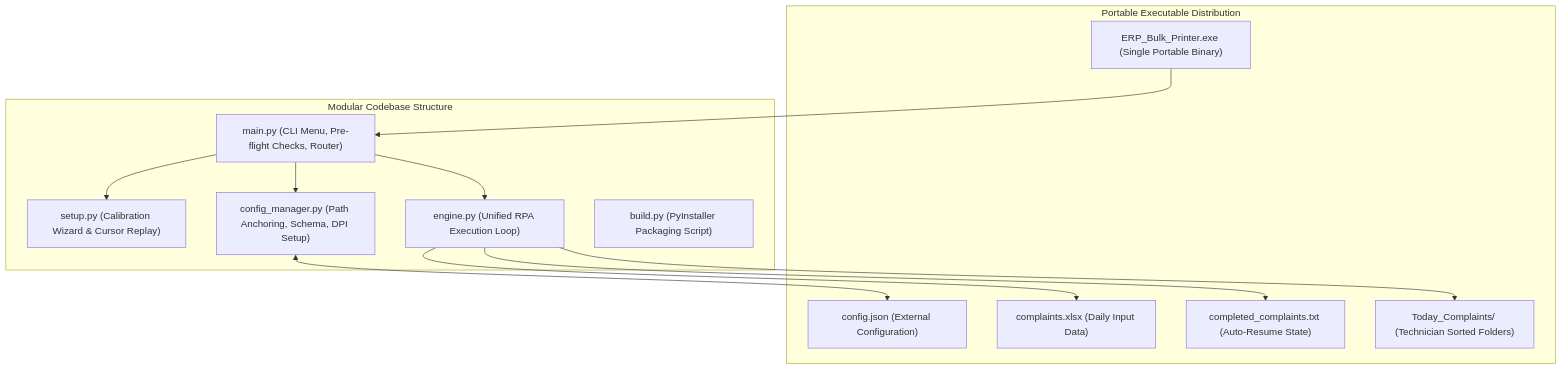
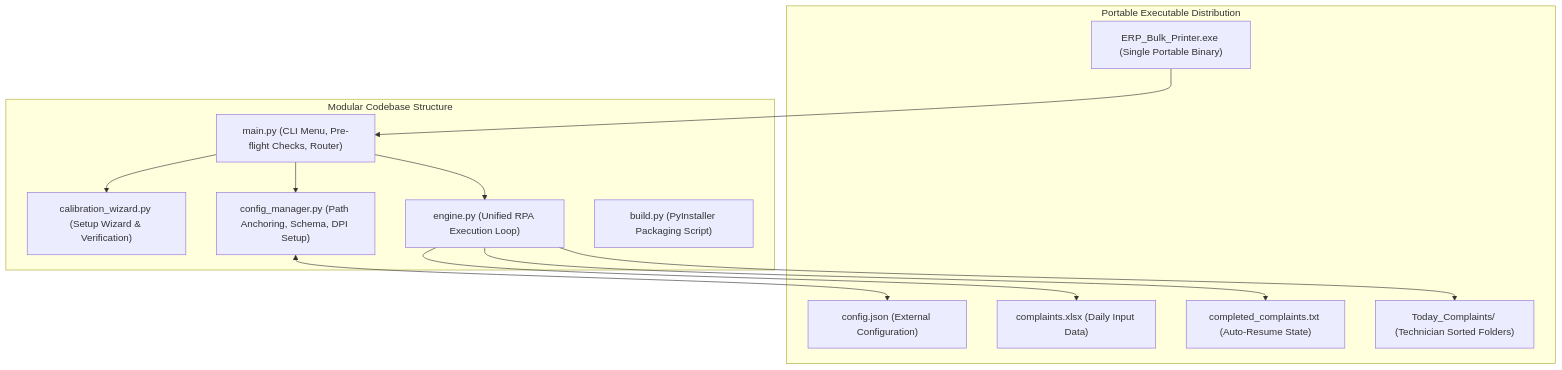
One commit to theeabrarrr/bulk_printing changed the diagram in PRD.md. Above: the diagram before and after it, drawn with Mermaid. The commit also changed other lines of this file and 7 other files, not shown here.

````diff
--- a/PRD.md
+++ b/PRD.md
@@ -40,27 +40,27 @@
 ```mermaid
 flowchart TD
     subgraph Distribution ["Portable Executable Distribution"]
         EXE["ERP_Bulk_Printer.exe (Single Portable Binary)"]
         CFG["config.json (External Configuration)"]
         XLSX["complaints.xlsx (Daily Input Data)"]
         TXT["completed_complaints.txt (Auto-Resume State)"]
         OUT["Today_Complaints/ (Technician Sorted Folders)"]
     end
 
     subgraph CoreEngine ["Modular Codebase Structure"]
         MAIN["main.py (CLI Menu, Pre-flight Checks, Router)"]
-        SETUP["setup.py (Calibration Wizard & Cursor Replay)"]
+        SETUP["calibration_wizard.py (Setup Wizard & Verification)"]
         ENGINE["engine.py (Unified RPA Execution Loop)"]
         CFGMGR["config_manager.py (Path Anchoring, Schema, DPI Setup)"]
         BUILD["build.py (PyInstaller Packaging Script)"]
     end
 
     EXE --> MAIN
     MAIN --> CFGMGR
     MAIN --> SETUP
     MAIN --> ENGINE
     CFGMGR <--> CFG
     ENGINE --> XLSX
     ENGINE --> TXT
     ENGINE --> OUT
 ```
````
